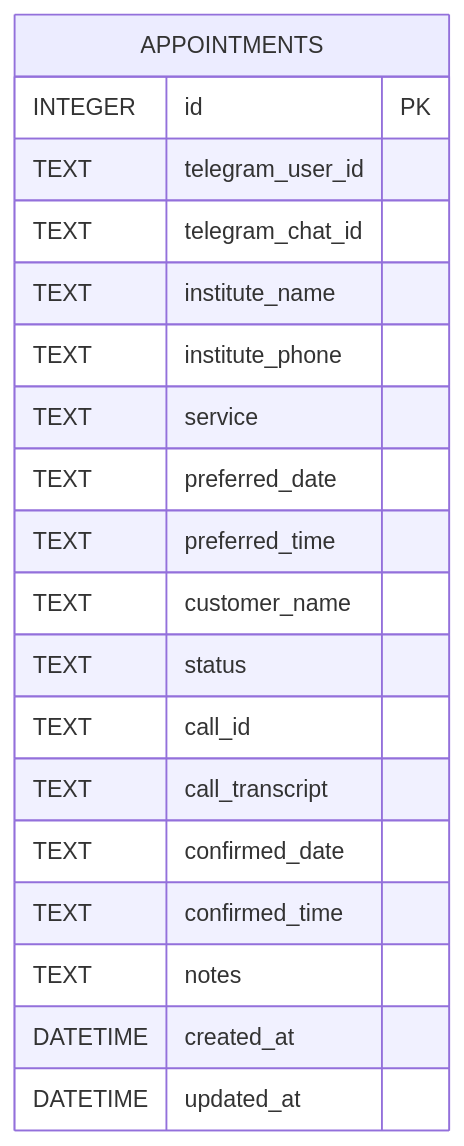
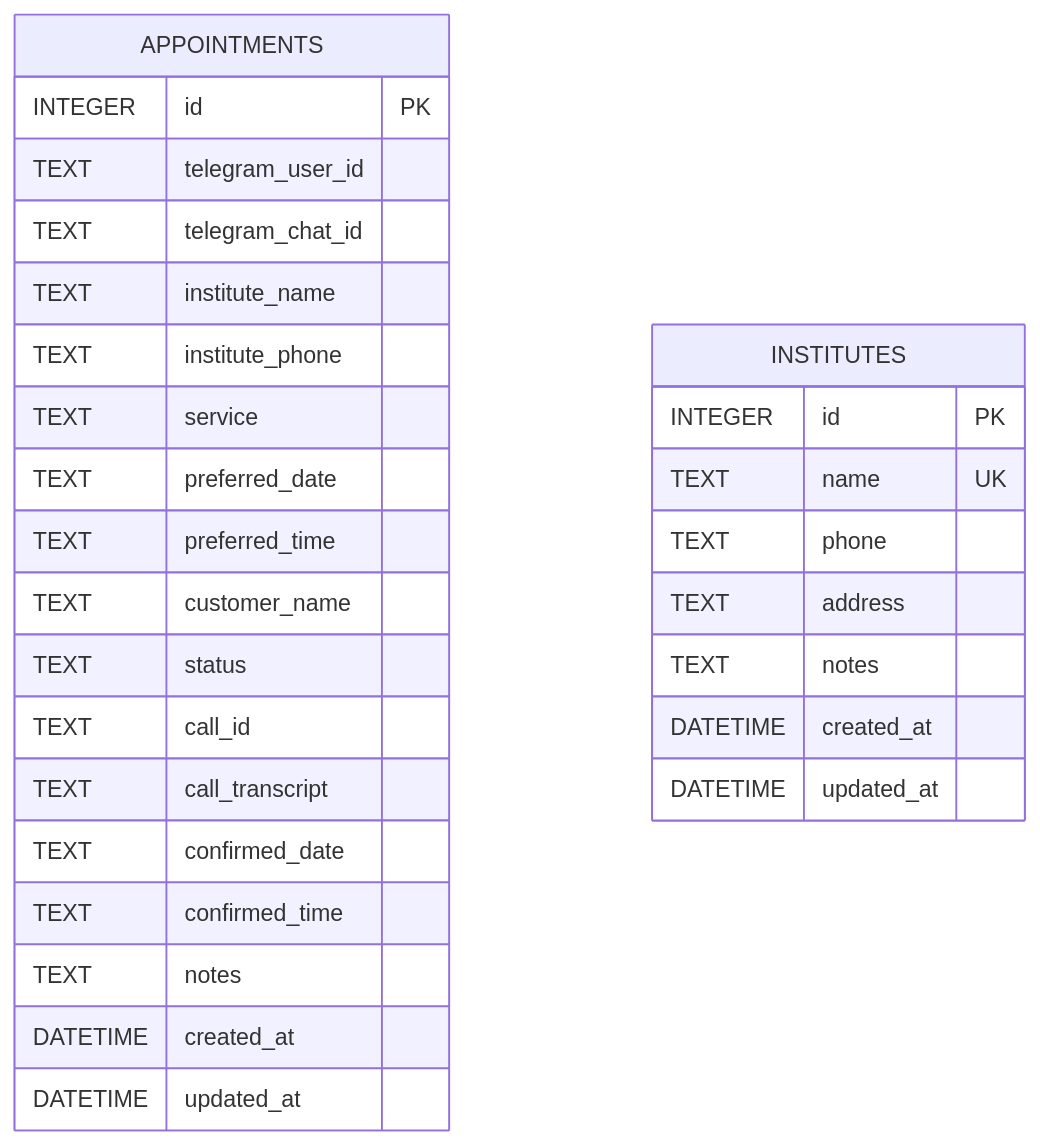
One commit to Armanda888/appointment-voice-agent changed the second of 18 diagrams in .qoder/repowiki/en/content/Core Components/Database Management.md. Above: the diagram before and after it, drawn with Mermaid. The commit also changed other lines of this file and 10 other files, not shown here.

````diff
--- a/.qoder/repowiki/en/content/Core Components/Database Management.md
+++ b/.qoder/repowiki/en/content/Core Components/Database Management.md
@@ -81,22 +91,31 @@
 ```mermaid
 erDiagram
 APPOINTMENTS {
 INTEGER id PK
 TEXT telegram_user_id
 TEXT telegram_chat_id
 TEXT institute_name
 TEXT institute_phone
 TEXT service
 TEXT preferred_date
 TEXT preferred_time
 TEXT customer_name
 TEXT status
 TEXT call_id
 TEXT call_transcript
 TEXT confirmed_date
 TEXT confirmed_time
 TEXT notes
 DATETIME created_at
 DATETIME updated_at
 }
+INSTITUTES {
+INTEGER id PK
+TEXT name UK
+TEXT phone
+TEXT address
+TEXT notes
+DATETIME created_at
+DATETIME updated_at
+}
 ```
````
